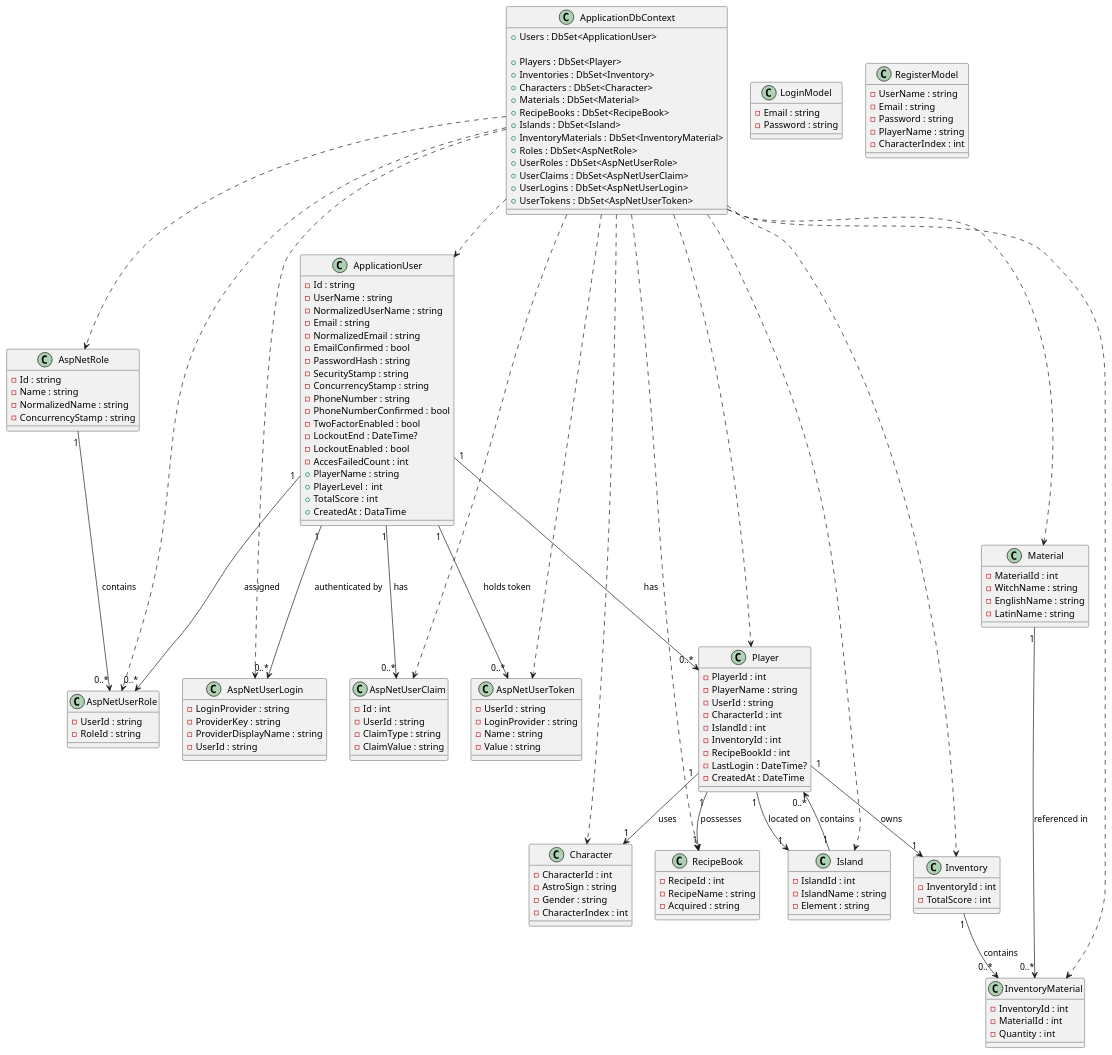
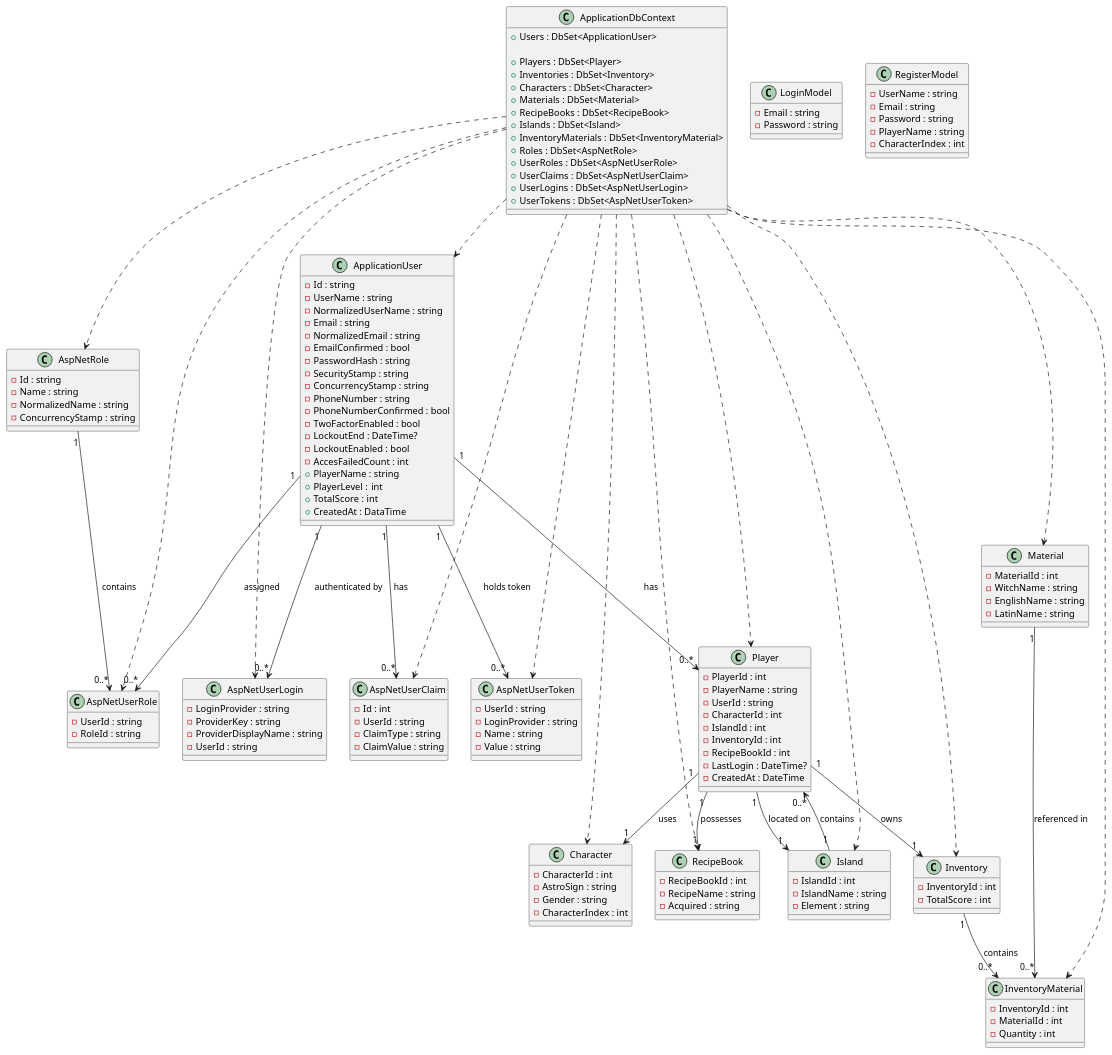
The diagram in UML Diagrams/domain-model.puml (PBB2020/AstroWheelAPI), drawn with PlantUML before and after one commit. The commit also changed 23 other files, not shown here.

Commit message:
RecipeBookId javítás

```diff
--- a/UML Diagrams/domain-model.puml
+++ b/UML Diagrams/domain-model.puml
@@ -1,184 +1,184 @@
 @startuml
 
 ' ---------------------------
 ' Alapos osztályok definiálása
 ' ---------------------------
 
 class ApplicationUser {
 	- Id : string
 	- UserName : string
 	- NormalizedUserName : string
 	- Email : string
 	- NormalizedEmail : string
 	- EmailConfirmed : bool
 	- PasswordHash : string
 	- SecurityStamp : string
 	- ConcurrencyStamp : string
 	- PhoneNumber : string
 	- PhoneNumberConfirmed : bool
 	- TwoFactorEnabled : bool
 	- LockoutEnd : DateTime?
 	- LockoutEnabled : bool
 	- AccesFailedCount : int
 	+ PlayerName : string
 	+ PlayerLevel :	int
 	+ TotalScore : int
 	+ CreatedAt : DataTime
 }
 
 class AspNetRole {
   - Id : string
   - Name : string
   - NormalizedName : string
   - ConcurrencyStamp : string
 }
 
 class AspNetUserRole {
   - UserId : string
   - RoleId : string
 }
 
 class AspNetUserClaim {
   - Id : int
   - UserId : string
   - ClaimType : string
   - ClaimValue : string
 }
 
 class AspNetUserLogin {
   - LoginProvider : string
   - ProviderKey : string
   - ProviderDisplayName : string
   - UserId : string
 }
 
 class AspNetUserToken {
   - UserId : string
   - LoginProvider : string
   - Name : string
   - Value : string
 }
 
 class LoginModel {
   - Email : string
   - Password : string
 }
 
 class RegisterModel {
     - UserName : string
     - Email : string
     - Password : string
 	- PlayerName : string
 	- CharacterIndex : int
 }
 
 ' ---------------------------
 ' Egyéb osztályok
 ' ---------------------------
 
 class Character {
   - CharacterId : int
   - AstroSign : string
   - Gender : string
   - CharacterIndex : int
 }
 
 class Inventory {
   - InventoryId : int
   - TotalScore : int
 }
 
 class InventoryMaterial {
   - InventoryId : int
   - MaterialId : int
   - Quantity : int
 }
 
 class Island {
   - IslandId : int
   - IslandName : string
   - Element : string
 }
 
 class Material {
   - MaterialId : int
   - WitchName : string
   - EnglishName : string
   - LatinName : string
 }
 
 class Player {
   - PlayerId : int
   - PlayerName : string
   - UserId : string
   - CharacterId : int
   - IslandId : int
   - InventoryId : int
   - RecipeBookId : int
   - LastLogin : DateTime?
   - CreatedAt : DateTime
 }
 
 class RecipeBook {
-  - RecipeId : int
+  - RecipeBookId : int
   - RecipeName : string
   - Acquired : string
 }
 
 ' ---------------------------
 ' Kapcsolatok beállítása
 ' ---------------------------
 
 ApplicationUser "1" --> "0..*" Player : has
 Player "1" --> "1" Character : uses
 Player "1" --> "1" Island : located on
 Player "1" --> "1" Inventory : owns
 Player "1" --> "1" RecipeBook : possesses
 Island "1" --> "0..*" Player : contains
 Inventory "1" --> "0..*" InventoryMaterial : contains
 Material "1" --> "0..*" InventoryMaterial : referenced in
 
 ' ASP.NET Identity kapcsolatok
 ApplicationUser "1" --> "0..*" AspNetUserRole : assigned
 AspNetRole "1" --> "0..*" AspNetUserRole : contains
 ApplicationUser "1" --> "0..*" AspNetUserClaim : has
 ApplicationUser "1" --> "0..*" AspNetUserLogin : authenticated by
 ApplicationUser "1" --> "0..*" AspNetUserToken : holds token
 
 ' ---------------------------
 ' ApplicationDbContext osztály (DbSet-ekkel)
 ' ---------------------------
 
 class ApplicationDbContext {
   + Users : DbSet<ApplicationUser>
  
  + Players : DbSet<Player>
   + Inventories : DbSet<Inventory>
   + Characters : DbSet<Character>
   + Materials : DbSet<Material>
   + RecipeBooks : DbSet<RecipeBook>
   + Islands : DbSet<Island>
   + InventoryMaterials : DbSet<InventoryMaterial>
   + Roles : DbSet<AspNetRole>
   + UserRoles : DbSet<AspNetUserRole>
   + UserClaims : DbSet<AspNetUserClaim>
   + UserLogins : DbSet<AspNetUserLogin>
   + UserTokens : DbSet<AspNetUserToken>
 }
 
 ' A context "has" a domain entitásokat (lágy függőségek)
 ApplicationDbContext ..> ApplicationUser
 ApplicationDbContext ..> Player
 ApplicationDbContext ..> Inventory
 ApplicationDbContext ..> InventoryMaterial
 ApplicationDbContext ..> Character
 ApplicationDbContext ..> Material
 ApplicationDbContext ..> RecipeBook
 ApplicationDbContext ..> Island
 ApplicationDbContext ..> AspNetRole
 ApplicationDbContext ..> AspNetUserRole
 ApplicationDbContext ..> AspNetUserClaim
 ApplicationDbContext ..> AspNetUserLogin
 ApplicationDbContext ..> AspNetUserToken
 
 @enduml
```
